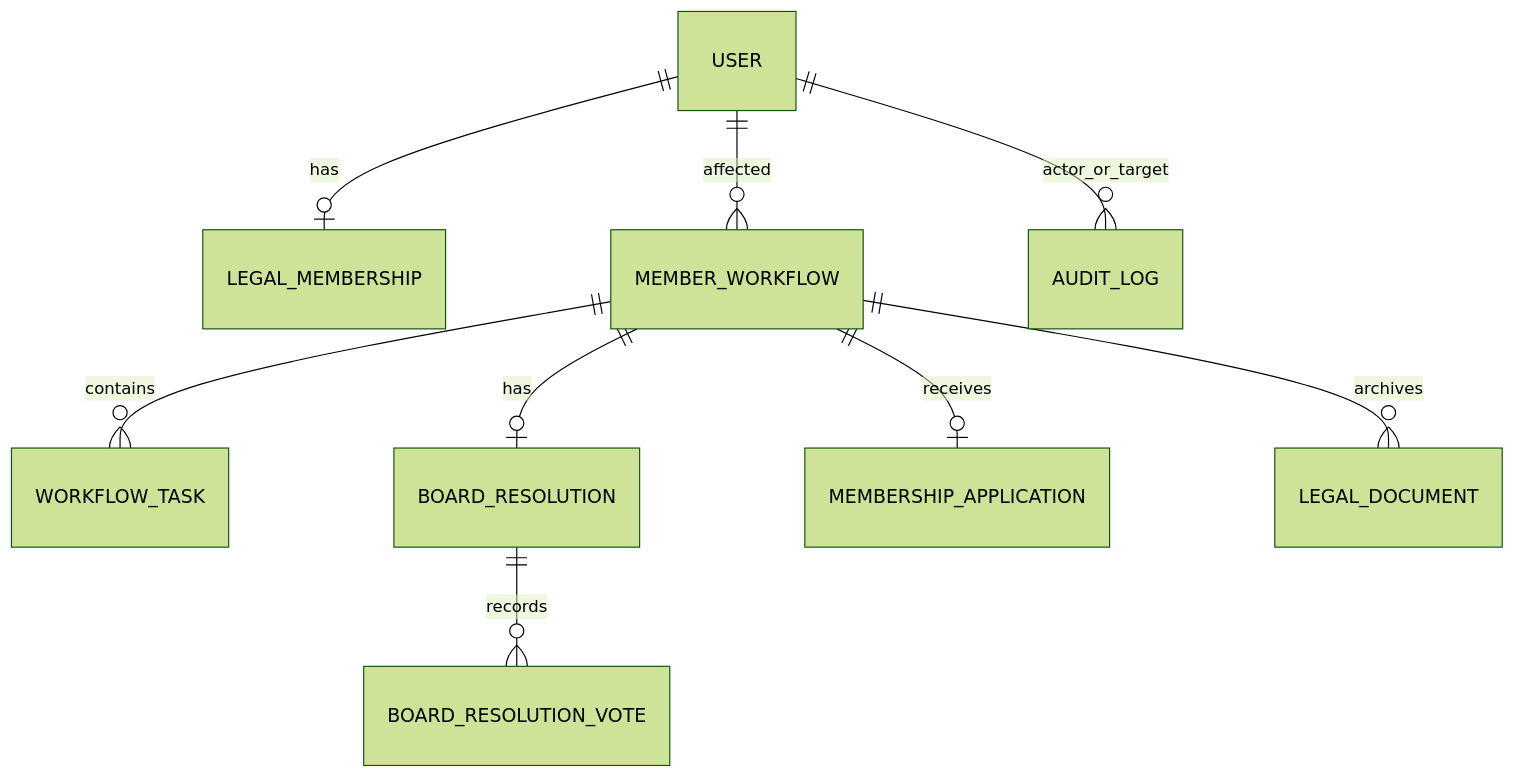
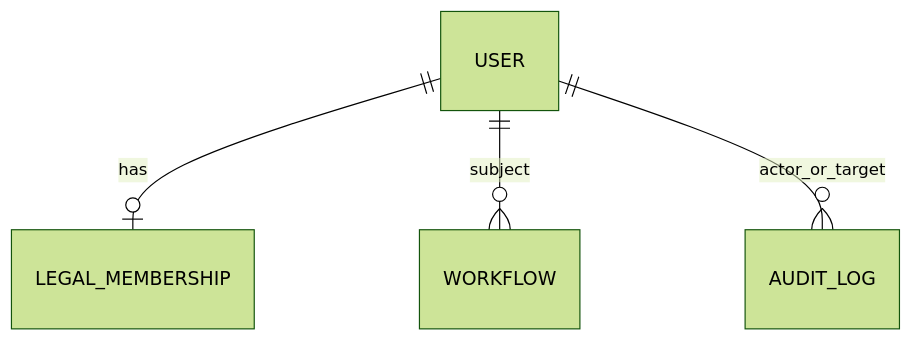
Before and after one commit to startberlin/cockpit: the fourth of 4 diagrams in docs/plans/2026-05-02-001-feat-membership-lifecycle-workflows-plan.md, drawn with Mermaid (forest theme). The commit also changed other lines of this file and 109 other files, not shown here.

````diff
--- a/docs/plans/2026-05-02-001-feat-membership-lifecycle-workflows-plan.md
+++ b/docs/plans/2026-05-02-001-feat-membership-lifecycle-workflows-plan.md
@@ -378,11 +386,6 @@
 ```mermaid
 erDiagram
   USER ||--o| LEGAL_MEMBERSHIP : has
-  USER ||--o{ MEMBER_WORKFLOW : affected
-  MEMBER_WORKFLOW ||--o{ WORKFLOW_TASK : contains
-  MEMBER_WORKFLOW ||--o| BOARD_RESOLUTION : has
-  BOARD_RESOLUTION ||--o{ BOARD_RESOLUTION_VOTE : records
-  MEMBER_WORKFLOW ||--o| MEMBERSHIP_APPLICATION : receives
-  MEMBER_WORKFLOW ||--o{ LEGAL_DOCUMENT : archives
+  USER ||--o{ WORKFLOW : subject
   USER ||--o{ AUDIT_LOG : actor_or_target
 ```
````
